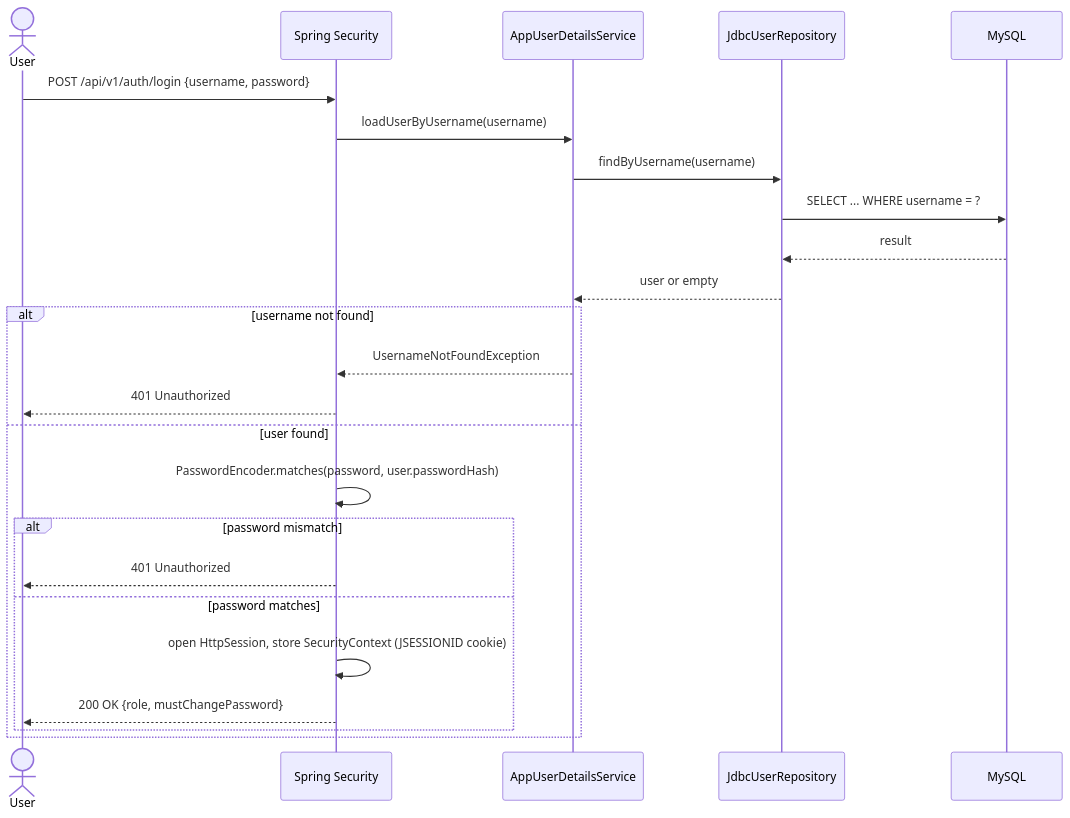
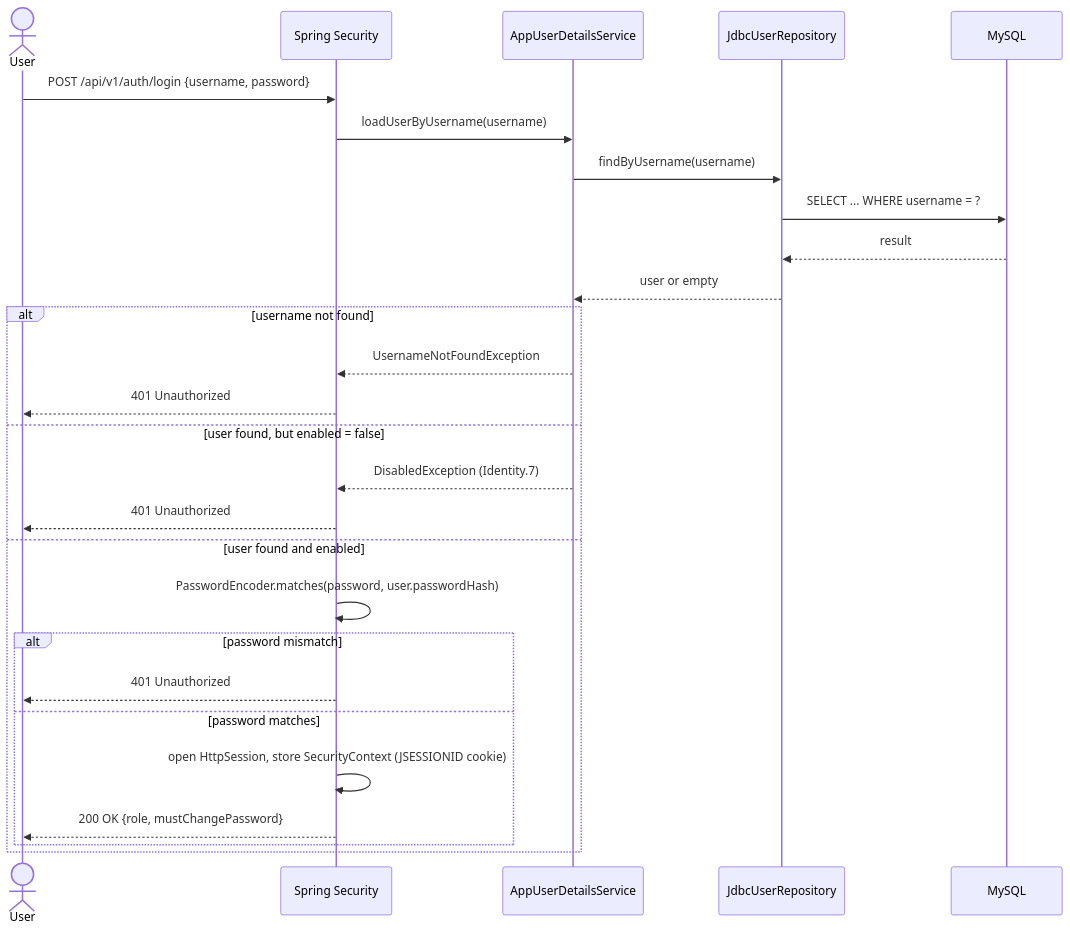
Before and after one commit to phuchoang2005/Student-Management-System: the fourth of 7 diagrams in docs/SA-docs/04-authentication-authorization.md, drawn with Mermaid. The commit also changed other lines of this file and 44 other files, not shown here.

````diff
--- a/docs/SA-docs/04-authentication-authorization.md
+++ b/docs/SA-docs/04-authentication-authorization.md
@@ -82,27 +155,30 @@
 ```mermaid
 sequenceDiagram
     actor User
     participant Sec as Spring Security
     participant UDS as AppUserDetailsService
     participant Repo as JdbcUserRepository
     participant DB as MySQL
 
     User->>Sec: POST /api/v1/auth/login {username, password}
     Sec->>UDS: loadUserByUsername(username)
     UDS->>Repo: findByUsername(username)
     Repo->>DB: SELECT ... WHERE username = ?
     DB-->>Repo: result
     Repo-->>UDS: user or empty
     alt username not found
         UDS-->>Sec: UsernameNotFoundException
         Sec-->>User: 401 Unauthorized
-    else user found
+    else user found, but enabled = false
+        UDS-->>Sec: DisabledException (Identity.7)
+        Sec-->>User: 401 Unauthorized
+    else user found and enabled
         Sec->>Sec: PasswordEncoder.matches(password, user.passwordHash)
         alt password mismatch
             Sec-->>User: 401 Unauthorized
         else password matches
             Sec->>Sec: open HttpSession, store SecurityContext (JSESSIONID cookie)
             Sec-->>User: 200 OK {role, mustChangePassword}
         end
     end
 ```
````
